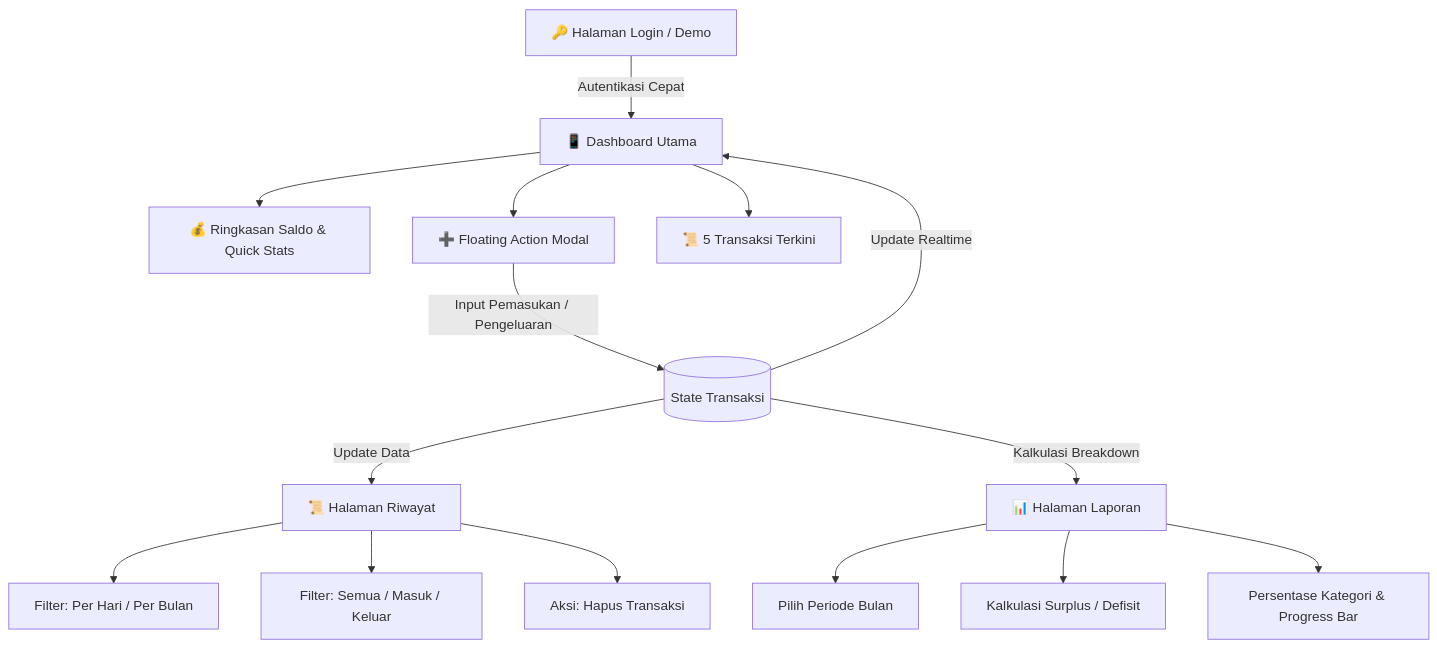
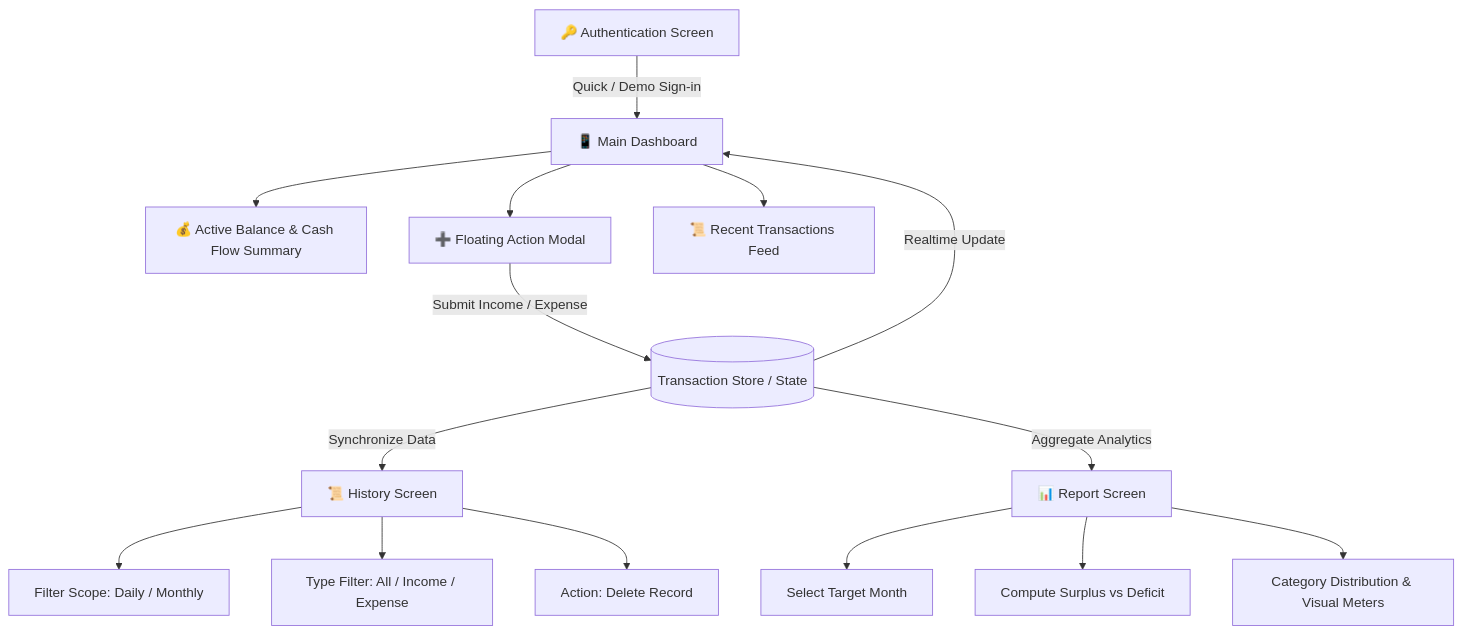
One commit to anurr23/catat-uang changed the diagram in README.md. Above: the diagram before and after it, drawn with Mermaid. The commit also changed other lines of this file, not shown here.

````diff
--- a/README.md
+++ b/README.md
@@ -48,21 +46,21 @@
 ```mermaid
 flowchart TD
-    A[🔑 Halaman Login / Demo] -->|Autentikasi Cepat| B[📱 Dashboard Utama]
+    A[🔑 Authentication Screen] -->|Quick / Demo Sign-in| B[📱 Main Dashboard]
     
-    B --> C[💰 Ringkasan Saldo & Quick Stats]
+    B --> C[💰 Active Balance & Cash Flow Summary]
     B --> D[➕ Floating Action Modal]
-    B --> E[📜 5 Transaksi Terkini]
+    B --> E[📜 Recent Transactions Feed]
     
-    D -->|Input Pemasukan / Pengeluaran| F[(State Transaksi)]
-    F -->|Update Realtime| B
-    F -->|Update Data| G[📜 Halaman Riwayat]
-    F -->|Kalkulasi Breakdown| H[📊 Halaman Laporan]
+    D -->|Submit Income / Expense| F[(Transaction Store / State)]
+    F -->|Realtime Update| B
+    F -->|Synchronize Data| G[📜 History Screen]
+    F -->|Aggregate Analytics| H[📊 Report Screen]
 
-    G --> I[Filter: Per Hari / Per Bulan]
-    G --> J[Filter: Semua / Masuk / Keluar]
-    G --> K[Aksi: Hapus Transaksi]
+    G --> I[Filter Scope: Daily / Monthly]
+    G --> J[Type Filter: All / Income / Expense]
+    G --> K[Action: Delete Record]
 
-    H --> L[Pilih Periode Bulan]
-    H --> M[Kalkulasi Surplus / Defisit]
-    H --> N[Persentase Kategori & Progress Bar]
+    H --> L[Select Target Month]
+    H --> M[Compute Surplus vs Deficit]
+    H --> N[Category Distribution & Visual Meters]
 ```
````
